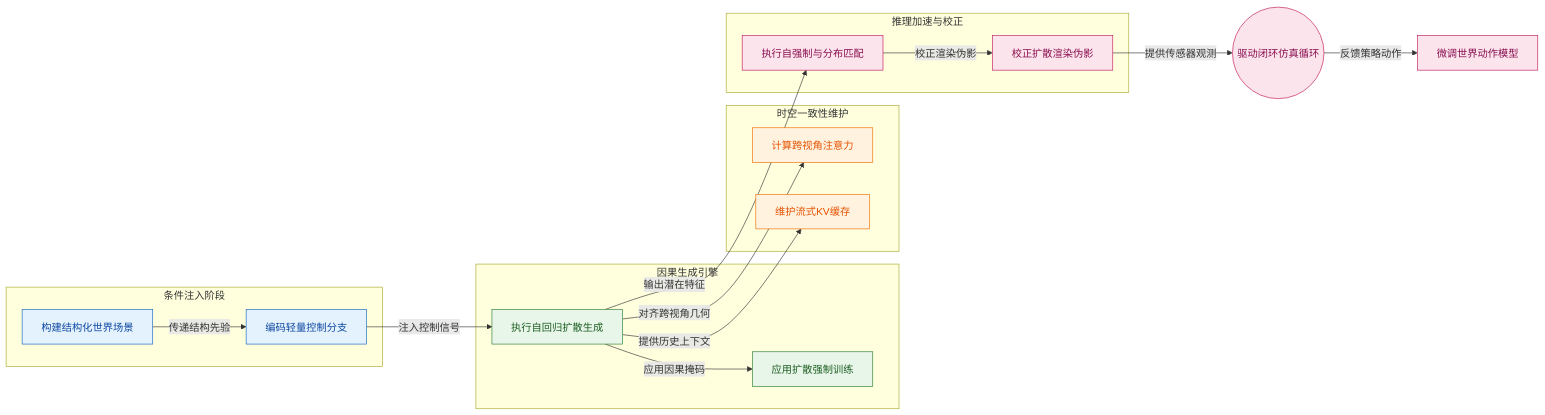
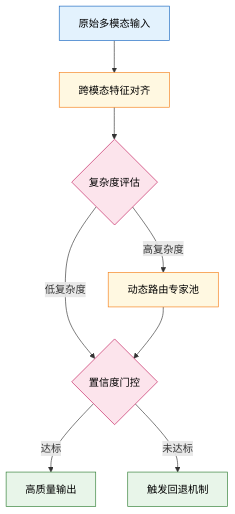
Before and after one commit to ShinewineW/paper-rolling: the second of 10 diagrams in person_vault/2026-06-12_OmniDreamsRealTimeGenerativeWorldModel_2606.03159/report.md, drawn with Mermaid. The commit also changed other lines of this file and 300 other files, not shown here.

````diff
--- a/person_vault/2026-06-12_OmniDreamsRealTimeGenerativeWorldModel_2606.03159/report.md
+++ b/person_vault/2026-06-12_OmniDreamsRealTimeGenerativeWorldModel_2606.03159/report.md
@@ -71,30 +92,21 @@
 ```mermaid
-flowchart LR
-    subgraph 条件注入阶段
-        A["构建结构化世界场景"] -->|传递结构先验| B["编码轻量控制分支"]
-    end
-    subgraph 因果生成引擎
-        B -->|注入控制信号| C["执行自回归扩散生成"]
-        C -->|应用因果掩码| D["应用扩散强制训练"]
-    end
-    subgraph 时空一致性维护
-        C -->|对齐跨视角几何| E["计算跨视角注意力"]
-        C -->|提供历史上下文| F["维护流式KV缓存"]
-    end
-    subgraph 推理加速与校正
-        C -->|输出潜在特征| G["执行自强制与分布匹配"]
-        G -->|校正渲染伪影| H["校正扩散渲染伪影"]
-    end
-    H -->|提供传感器观测| I((驱动闭环仿真循环))
-    I -->|反馈策略动作| J["微调世界动作模型"]
+flowchart TD
+    classDef input fill:#e3f2fd,stroke:#1565c0,color:#000;
+    classDef process fill:#fff8e1,stroke:#f57f17,color:#000;
+    classDef decision fill:#fce4ec,stroke:#c2185b,color:#000;
+    classDef output fill:#e8f5e9,stroke:#2e7d32,color:#000;
     
-    classDef cond fill:#e3f2fd,stroke:#1565c0,color:#0d47a1;
-    classDef gen fill:#e8f5e9,stroke:#2e7d32,color:#1b5e20;
-    classDef consist fill:#fff3e0,stroke:#ef6c00,color:#e65100;
-    classDef infer fill:#fce4ec,stroke:#c2185b,color:#880e4f;
+    raw_input["原始多模态输入"]:::input
+    align_module["跨模态特征对齐"]:::process
+    route_check{复杂度评估}:::decision
+    expert_pool["动态路由专家池"]:::process
+    gate_check{置信度门控}:::decision
+    final_output["高质量输出"]:::output
     
-    class A,B cond;
-    class C,D gen;
-    class E,F consist;
-    class G,H,I,J infer;
+    raw_input --> align_module --> route_check
+    route_check -->|高复杂度| expert_pool
+    route_check -->|低复杂度| gate_check
+    expert_pool --> gate_check
+    gate_check -->|达标| final_output
+    gate_check -->|未达标| fallback["触发回退机制"]:::output
 ```
````
